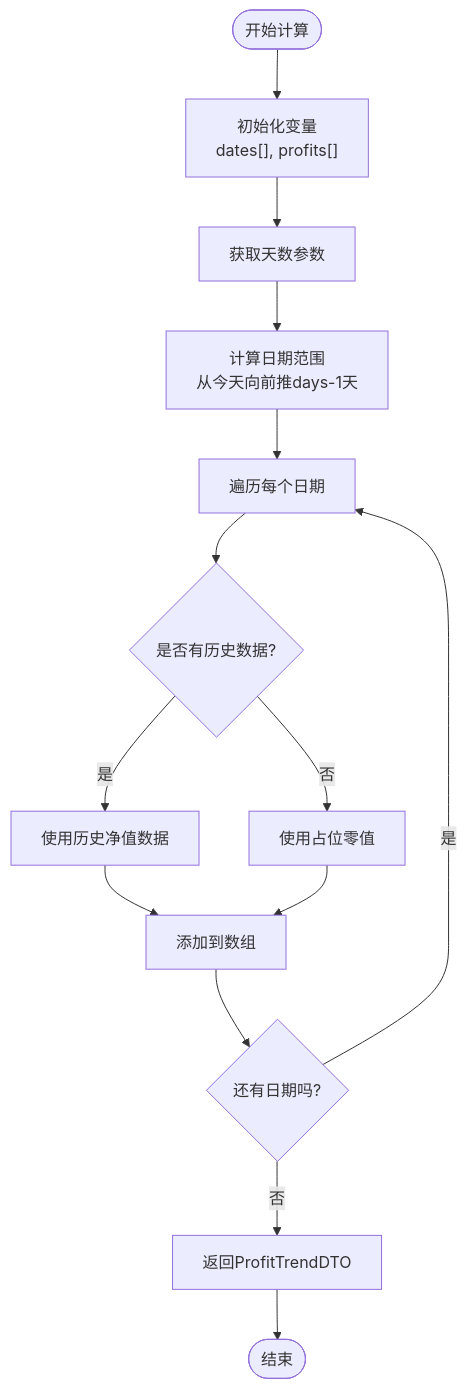
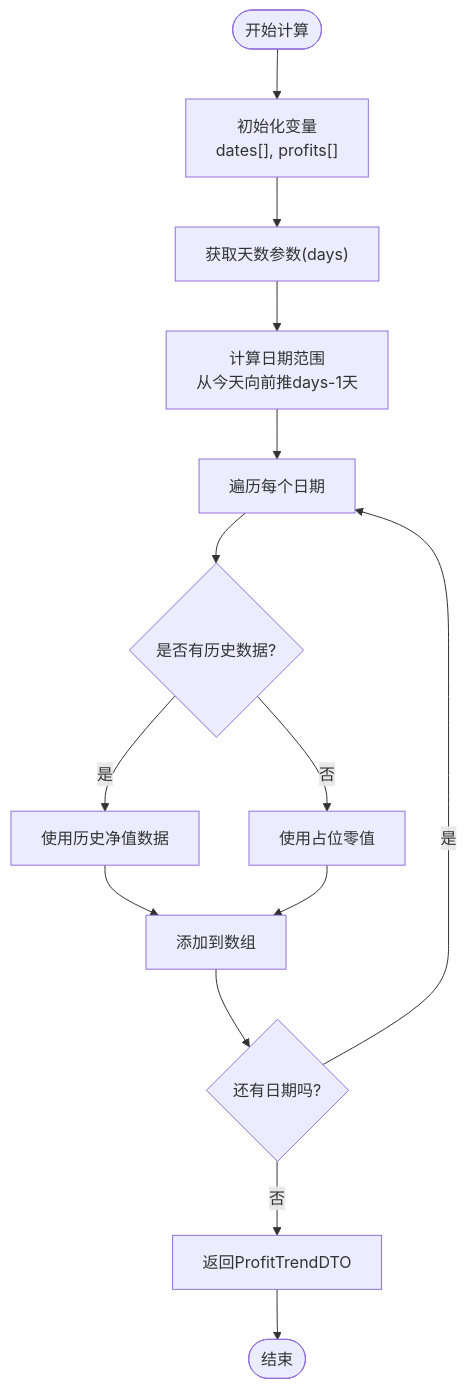
The fourth of 11 diagrams in .qoder/repowiki/zh/content/Dashboard Enhancement.md (gree-coder/fund-butler), drawn with Mermaid before and after one commit. The commit also changed other lines of this file and 23 other files, not shown here.

````diff
--- a/.qoder/repowiki/zh/content/Dashboard Enhancement.md
+++ b/.qoder/repowiki/zh/content/Dashboard Enhancement.md
@@ -235,16 +251,16 @@
 ```mermaid
 flowchart TD
 Start([开始计算]) --> InitVars["初始化变量<br/>dates[], profits[]"]
-InitVars --> GetDays["获取天数参数"]
+InitVars --> GetDays["获取天数参数(days)"]
 GetDays --> CalcDates["计算日期范围<br/>从今天向前推days-1天"]
 CalcDates --> LoopDates["遍历每个日期"]
 LoopDates --> CheckData{"是否有历史数据?"}
 CheckData --> |是| UseHistorical["使用历史净值数据"]
 CheckData --> |否| UseZero["使用占位零值"]
 UseHistorical --> AddToArrays["添加到数组"]
 UseZero --> AddToArrays
 AddToArrays --> NextDate{"还有日期吗?"}
 NextDate --> |是| LoopDates
 NextDate --> |否| ReturnData["返回ProfitTrendDTO"]
 ReturnData --> End([结束])
 ```
````
